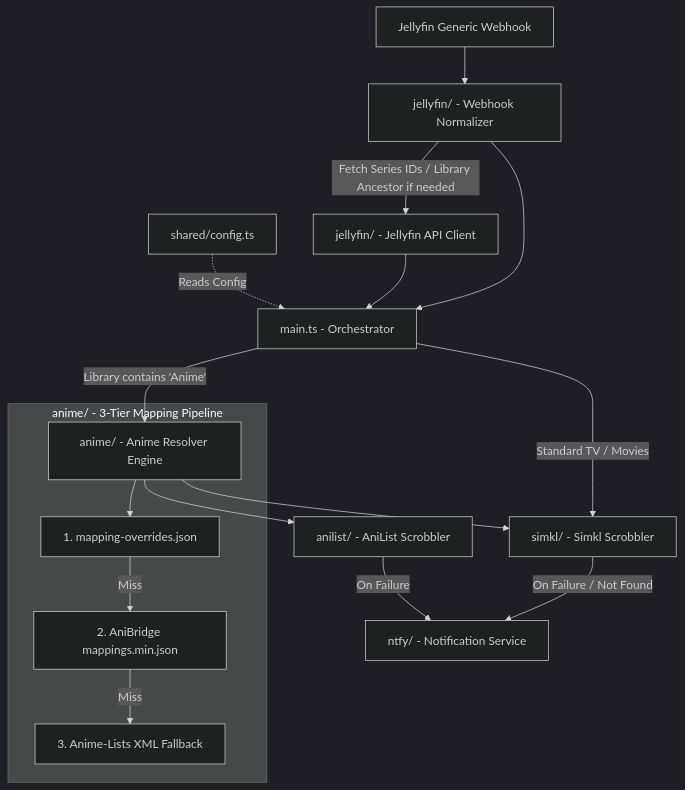
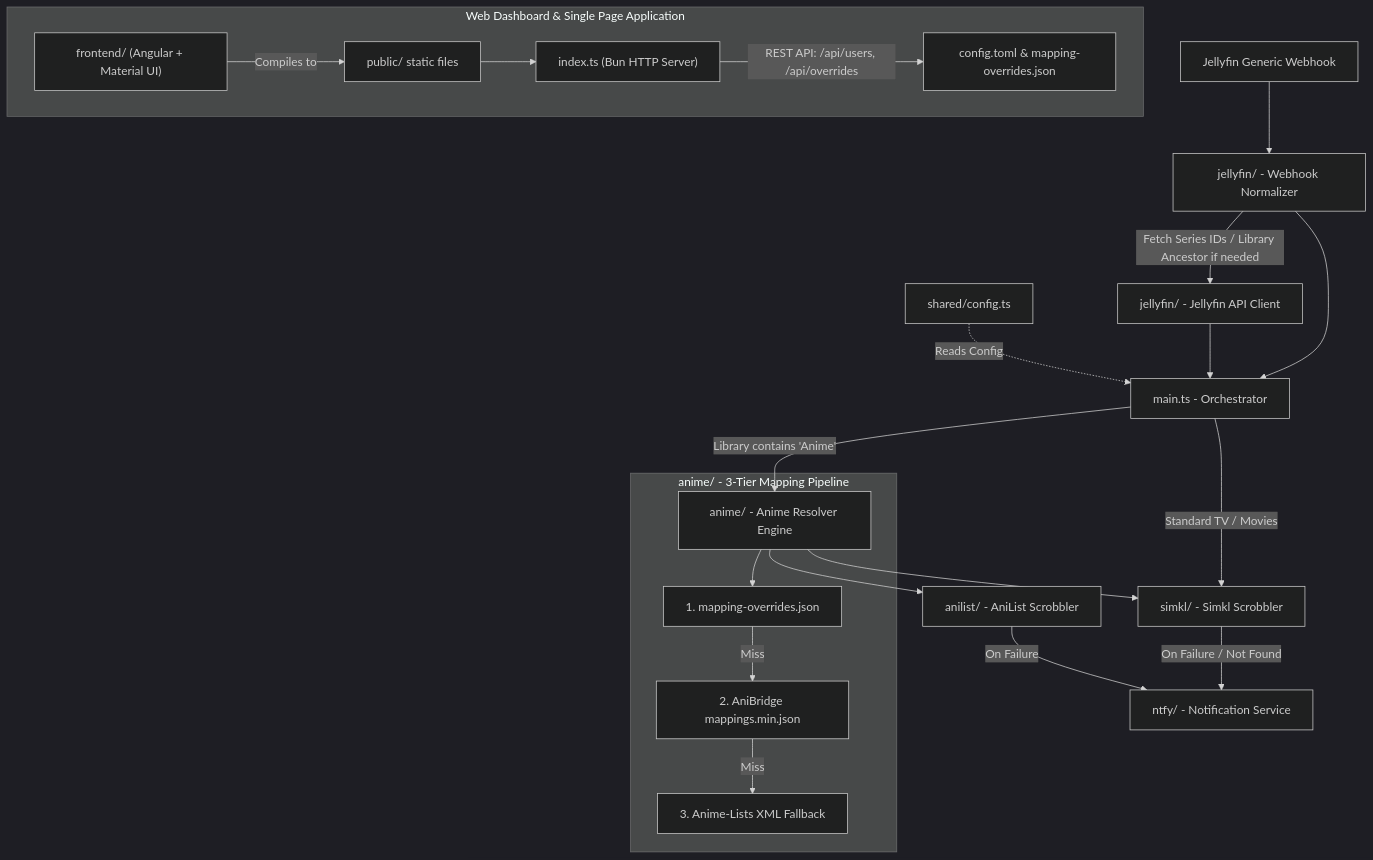
One commit to dancoto/jellyfin-simkl-sync changed the diagram in README.md. Above: the diagram before and after it, drawn with Mermaid (dark theme). The commit also changed other lines of this file and 1 other file, not shown here.

````diff
--- a/README.md
+++ b/README.md
@@ -11,22 +11,28 @@
 ```mermaid
 flowchart TD
     JF[Jellyfin Generic Webhook] --> Normalizer[jellyfin/ - Webhook Normalizer]
     Normalizer -->|Fetch Series IDs / Library Ancestor if needed| JFClient[jellyfin/ - Jellyfin API Client]
     Normalizer --> main[main.ts - Orchestrator]
     JFClient --> main
 
     main -->|Library contains 'Anime'| resolver[anime/ - Anime Resolver Engine]
     main -->|Standard TV / Movies| simkl[simkl/ - Simkl Scrobbler]
 
     subgraph Anime_Engine["anime/ - 3-Tier Mapping Pipeline"]
         resolver --> Ovr[1. mapping-overrides.json]
         Ovr -->|Miss| Bridge[2. AniBridge mappings.min.json]
         Bridge -->|Miss| AList[3. Anime-Lists XML Fallback]
     end
 
     resolver --> simkl
     resolver --> anilist[anilist/ - AniList Scrobbler]
     simkl -->|On Failure / Not Found| ntfy[ntfy/ - Notification Service]
     anilist -->|On Failure| ntfy
     shared[shared/config.ts] -.->|Reads Config| main
+
+    subgraph Web_UI["Web Dashboard & Single Page Application"]
+        SPA["frontend/ (Angular + Material UI)"] -->|Compiles to| Public["public/ static files"]
+        Public --> Index["index.ts (Bun HTTP Server)"]
+        Index -->|REST API: /api/users, /api/overrides| Storage["config.toml & mapping-overrides.json"]
+    end
 ```
````
